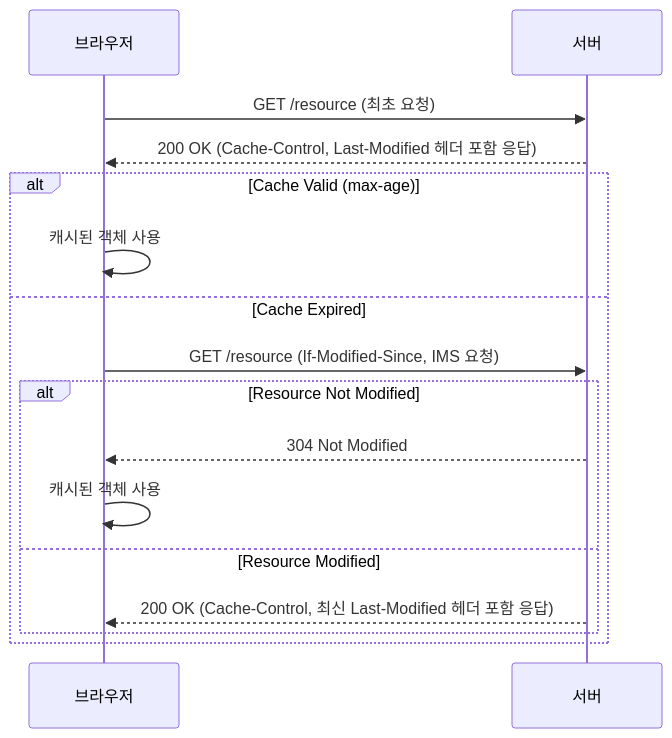
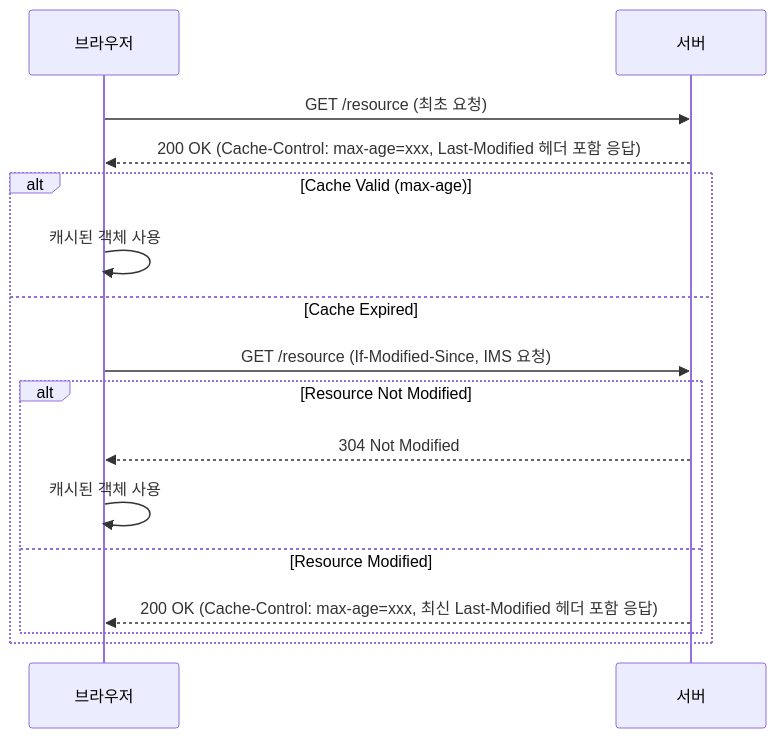
The diagram in _posts/2024-06-20-CDN-Header-2.md (cotes2020/jekyll-theme-chirpy), drawn with Mermaid before and after one commit. The commit also changed other lines of this file, not shown here.

Commit message:
POST Cache-Control-Header

````diff
--- a/_posts/2024-06-20-CDN-Header-2.md
+++ b/_posts/2024-06-20-CDN-Header-2.md
@@ -14,20 +35,20 @@
 ```mermaid
 sequenceDiagram
     participant 브라우저
     participant 서버
 
     브라우저->>서버: GET /resource (최초 요청)
-    서버-->>브라우저: 200 OK (Cache-Control, Last-Modified 헤더 포함 응답)
+    서버-->>브라우저: 200 OK (Cache-Control: max-age=xxx, Last-Modified 헤더 포함 응답)
 
     alt Cache Valid (max-age)
         브라우저->>브라우저: 캐시된 객체 사용
     else Cache Expired
         브라우저->>서버: GET /resource (If-Modified-Since, IMS 요청)
         alt Resource Not Modified
             서버-->>브라우저: 304 Not Modified
             브라우저->>브라우저: 캐시된 객체 사용
         else Resource Modified
-            서버-->>브라우저: 200 OK (Cache-Control, 최신 Last-Modified 헤더 포함 응답)
+            서버-->>브라우저: 200 OK (Cache-Control: max-age=xxx, 최신 Last-Modified 헤더 포함 응답)
         end
     end
 ```
````
